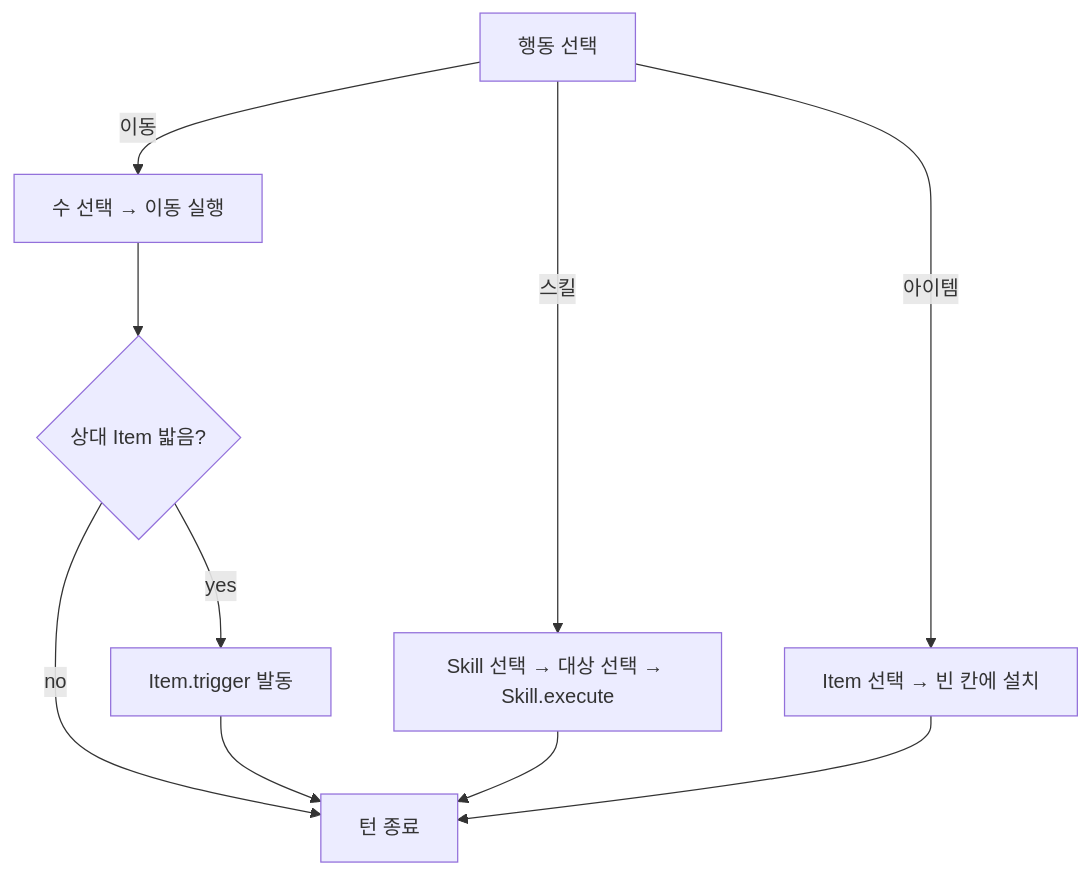
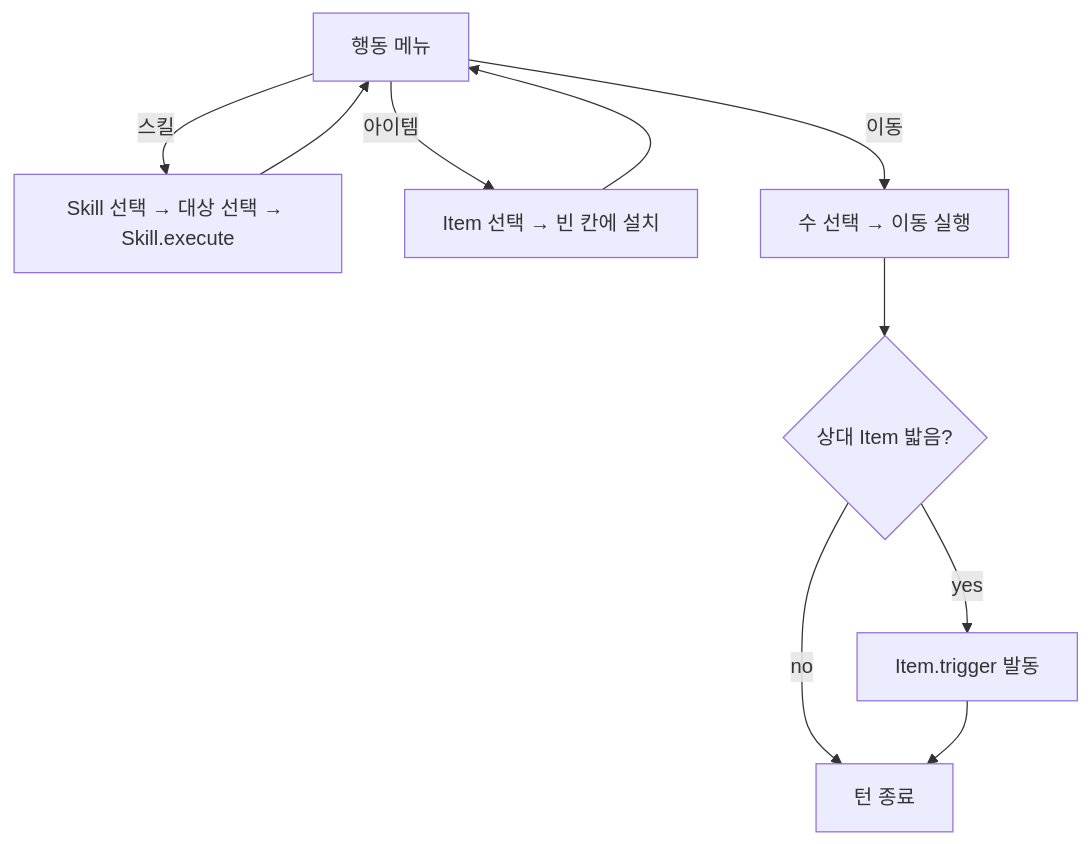
The third of 4 diagrams in week5/CLAUDE.md (weweweme/teamnova_basic_class), drawn with Mermaid before and after one commit. The commit also changed other lines of this file and 5 other files, not shown here.

````diff
--- a/week5/CLAUDE.md
+++ b/week5/CLAUDE.md
@@ -551,12 +554,12 @@
 ```mermaid
 graph TD
-    ACT[행동 선택] -->|이동| MV[수 선택 → 이동 실행]
+    MENU[행동 메뉴] -->|스킬| SK[Skill 선택 → 대상 선택 → Skill.execute]
+    SK --> MENU
+    MENU -->|아이템| IT[Item 선택 → 빈 칸에 설치]
+    IT --> MENU
+    MENU -->|이동| MV[수 선택 → 이동 실행]
     MV --> TRG{상대 Item 밟음?}
     TRG -->|yes| EFF[Item.trigger 발동]
     TRG -->|no| END[턴 종료]
     EFF --> END
-    ACT -->|스킬| SK[Skill 선택 → 대상 선택 → Skill.execute]
-    SK --> END
-    ACT -->|아이템| IT[Item 선택 → 빈 칸에 설치]
-    IT --> END
 ```
````
